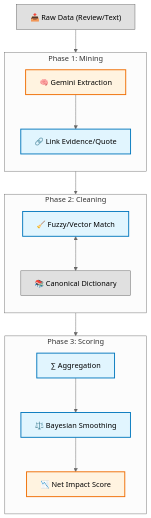
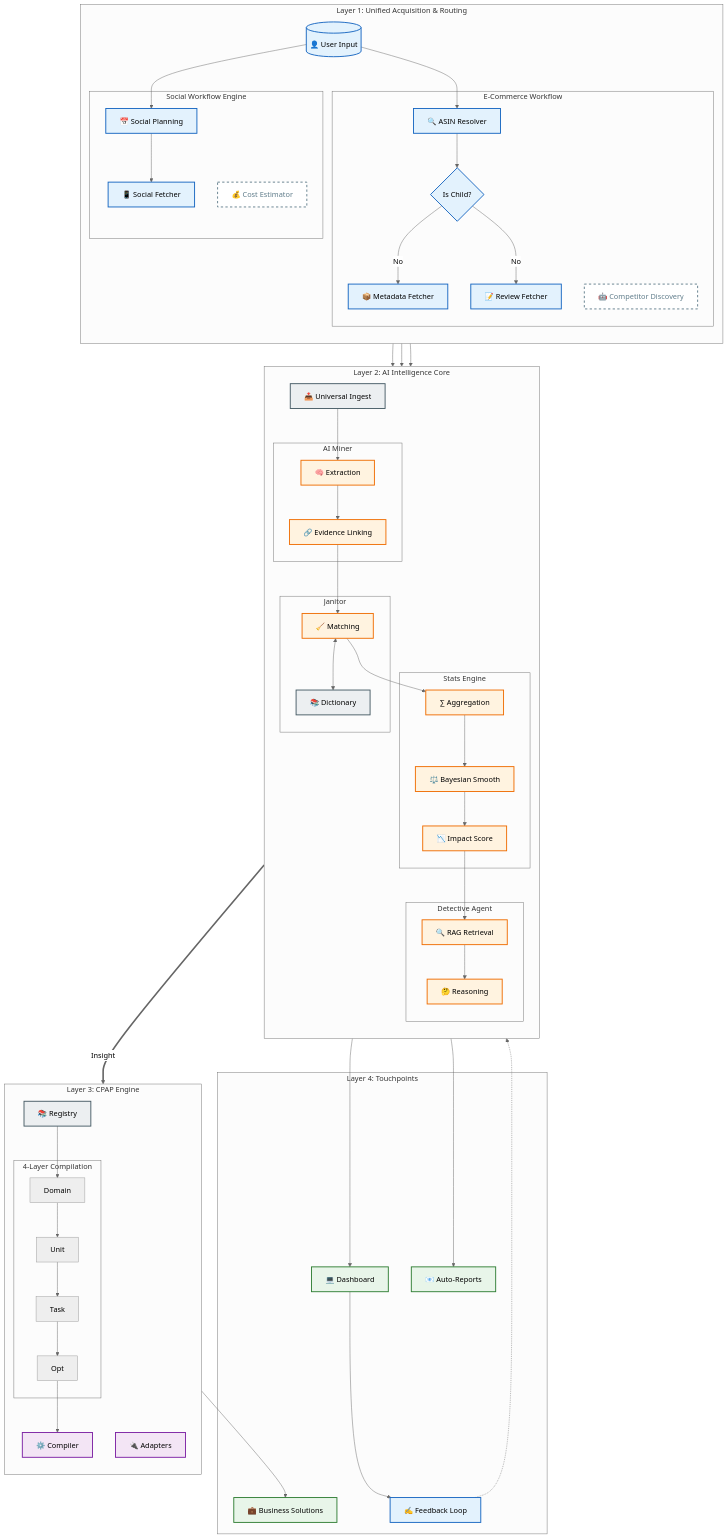
One commit to Daniel-LeTC/AI_market_intel_platform changed the second of 4 diagrams in docs/ECOSYSTEM_NODES_MAP.md. Above: the diagram before and after it, drawn with Mermaid (neutral theme). The commit also changed other lines of this file, not shown here.

Commit message:
docs: consolidate AI Ecosystem Map into Master Architecture (Executive, Architect, Engineer views)

````diff
--- a/docs/ECOSYSTEM_NODES_MAP.md
+++ b/docs/ECOSYSTEM_NODES_MAP.md
@@ -65,35 +60,97 @@
 ```mermaid
 graph TD
-    classDef raw fill:#e0e0e0,stroke:#616161,stroke-width:1px,color:#000;
+    %% --- STYLES ---
+    classDef flow fill:#e3f2fd,stroke:#1565c0,stroke-width:2px,color:#000;
     classDef ai fill:#fff3e0,stroke:#ef6c00,stroke-width:2px,color:#000;
-    classDef logic fill:#e1f5fe,stroke:#0277bd,stroke-width:2px,color:#000;
+    classDef creative fill:#f3e5f5,stroke:#7b1fa2,stroke-width:2px,color:#000;
+    classDef storage fill:#eceff1,stroke:#455a64,stroke-width:2px,color:#000;
+    classDef output fill:#e8f5e9,stroke:#2e7d32,stroke-width:2px,color:#000;
+    classDef hidden fill:#ffffff,stroke:#607d8b,stroke-width:2px,color:#607d8b,stroke-dasharray: 5 5;
 
-    Input["📥 Raw Data (Review/Text)"]:::raw
-    
-    subgraph MINER ["Phase 1: Mining"]
+    %% --- LAYER 1: UNIFIED ACQUISITION ---
+    subgraph ACQ ["Layer 1: Unified Acquisition & Routing"]
         direction TB
-        Extract["🧠 Gemini Extraction"]:::ai
-        Evidence["🔗 Link Evidence/Quote"]:::logic
-    end
-    
-    subgraph JANITOR ["Phase 2: Cleaning"]
-        direction TB
-        Dict["📚 Canonical Dictionary"]:::raw
-        Match["🧹 Fuzzy/Vector Match"]:::logic
-    end
-    
-    subgraph STATS ["Phase 3: Scoring"]
-        direction TB
-        Agg["∑ Aggregation"]:::logic
-        Bayes["⚖️ Bayesian Smoothing"]:::logic
-        Impact["📉 Net Impact Score"]:::ai
+        Input_User[("👤 User Input")]:::flow
+        
+        subgraph ECOM_FLOW ["E-Commerce Workflow"]
+            Node_Resolver["🔍 ASIN Resolver"]:::flow
+            Node_Forwarder{"Is Child?"}:::flow
+            Node_Competitor_Auto["🤖 Competitor Discovery"]:::hidden
+            Node_Fetcher_Meta["📦 Metadata Fetcher"]:::flow
+            Node_Fetcher_Review["📝 Review Fetcher"]:::flow
+        end
+        
+        subgraph SOCIAL_FLOW ["Social Workflow Engine"]
+            Node_Social_Plan["📅 Social Planning"]:::flow
+            Node_Social_Fetch["📱 Social Fetcher"]:::flow
+            Node_Social_Pricing["💰 Cost Estimator"]:::hidden
+        end
     end
 
-    Input --> Extract
-    Extract --> Evidence
-    Evidence --> Match
-    Match <--> Dict
-    Match --> Agg
-    Agg --> Bayes
-    Bayes --> Impact
+    %% --- LAYER 2: DEEP INTELLIGENCE (AI CORE) ---
+    subgraph INTEL ["Layer 2: AI Intelligence Core"]
+        direction TB
+        Node_Ingest["📥 Universal Ingest"]:::storage
+
+        subgraph MINER_LOGIC ["AI Miner"]
+            Node_Miner_Extract["🧠 Extraction"]:::ai
+            Node_Miner_Evidence["🔗 Evidence Linking"]:::ai
+        end
+
+        subgraph JANITOR_LOGIC ["Janitor"]
+            Node_Janitor_Match["🧹 Matching"]:::ai
+            Node_Janitor_Dict["📚 Dictionary"]:::storage
+        end
+
+        subgraph STATS_LOGIC ["Stats Engine"]
+            Node_Stats_Agg["∑ Aggregation"]:::ai
+            Node_Stats_Weight["⚖️ Bayesian Smooth"]:::ai
+            Node_Stats_Impact["📉 Impact Score"]:::ai
+        end
+
+        subgraph DETECTIVE_LOGIC ["Detective Agent"]
+            Node_RAG["🔍 RAG Retrieval"]:::ai
+            Node_Reasoning["🤔 Reasoning"]:::ai
+        end
+    end
+
+    %% --- LAYER 3: CPAP ---
+    subgraph CPAP ["Layer 3: CPAP Engine"]
+        direction TB
+        Node_Library["📚 Registry"]:::storage
+        
+        subgraph LAYERS ["4-Layer Compilation"]
+            L1[Domain] --> L2[Unit] --> L3[Task] --> L4[Opt]
+        end
+        
+        Node_Compiler["⚙️ Compiler"]:::creative
+        Node_Adapter["🔌 Adapters"]:::creative
+    end
+
+    %% --- LAYER 4: OUTPUT ---
+    subgraph OUT ["Layer 4: Touchpoints"]
+        UI_Dash["💻 Dashboard"]:::output
+        UI_Mail["📧 Auto-Reports"]:::output
+        UI_Biz_Sol["💼 Business Solutions"]:::output
+        Node_Feedback["✍️ Feedback Loop"]:::flow
+    end
+
+    %% CONNECTIONS (Simplified for Clarity)
+    Input_User --> Node_Resolver
+    Node_Resolver --> Node_Forwarder
+    Node_Forwarder -- No --> Node_Fetcher_Meta & Node_Fetcher_Review
+    Input_User --> Node_Social_Plan --> Node_Social_Fetch
+
+    Node_Fetcher_Meta & Node_Fetcher_Review & Node_Social_Fetch --> Node_Ingest
+    Node_Ingest --> Node_Miner_Extract --> Node_Miner_Evidence
+    Node_Miner_Evidence --> Node_Janitor_Match <--> Node_Janitor_Dict
+    Node_Janitor_Match --> Node_Stats_Agg --> Node_Stats_Weight --> Node_Stats_Impact
+    Node_Stats_Impact --> Node_RAG --> Node_Reasoning
+
+    Node_Reasoning ==>|Insight| Node_Compiler
+    Node_Library --> L1
+    L4 --> Node_Compiler --> UI_Biz_Sol
+    Node_Reasoning --> UI_Dash & UI_Mail
+
+    UI_Dash --> Node_Feedback -.-> Node_Janitor_Dict
 ```
````
